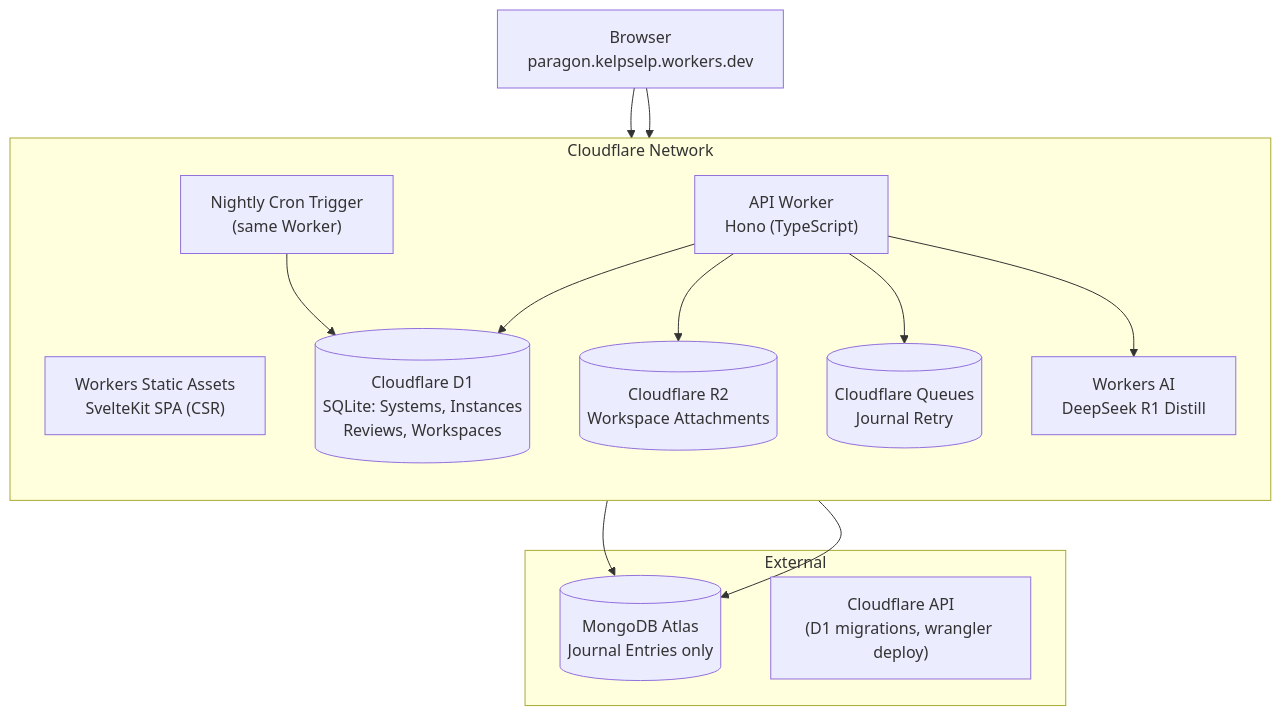
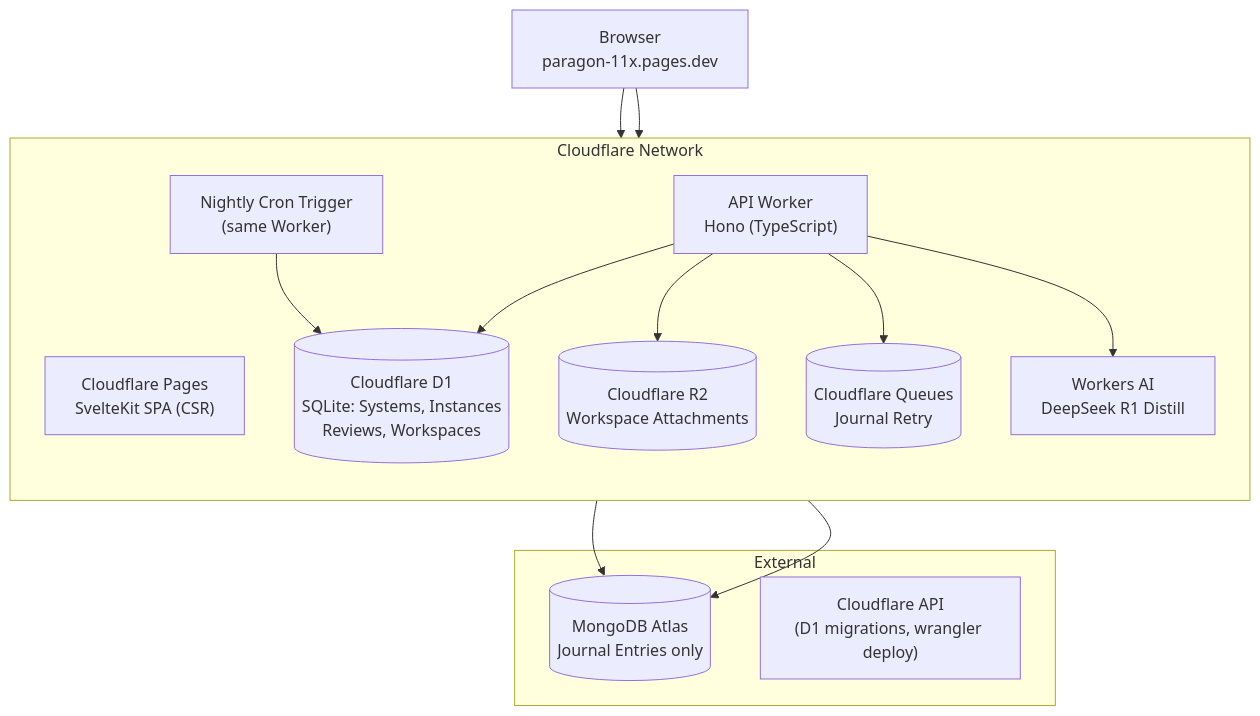
The first of 21 diagrams in docs/system-design.md (Zyxavy/Paragon), drawn with Mermaid before and after one commit. The commit also changed other lines of this file and 6 other files, not shown here.

Commit message:
docs: update references from Workers to Pages domain

````diff
--- a/docs/system-design.md
+++ b/docs/system-design.md
@@ -17,28 +17,28 @@
 ```mermaid
 flowchart TB
     subgraph Cloudflare["Cloudflare Network"]
         direction TB
-        Assets["Workers Static Assets<br/>SvelteKit SPA (CSR)"]
+        Assets["Cloudflare Pages<br/>SvelteKit SPA (CSR)"]
         API["API Worker<br/>Hono (TypeScript)"]
         Cron["Nightly Cron Trigger<br/>(same Worker)"]
         D1[("Cloudflare D1<br/>SQLite: Systems, Instances<br/>Reviews, Workspaces")]
         R2[("Cloudflare R2<br/>Workspace Attachments")]
         Q[("Cloudflare Queues<br/>Journal Retry")]
         AI["Workers AI<br/>DeepSeek R1 Distill"]
     end
 
     subgraph External["External"]
         Mongo[("MongoDB Atlas<br/>Journal Entries only")]
         CRA["Cloudflare API<br/>(D1 migrations, wrangler deploy)"]
     end
 
-    Browser["Browser<br/>paragon.kelpselp.workers.dev"] --> Assets
+    Browser["Browser<br/>paragon-11x.pages.dev"] --> Assets
     Browser --> API
     API --> D1
     API --> R2
     API --> Q
     API --> AI
     Q --> Mongo
     API --> Mongo
     Cron --> D1
 ```
````
